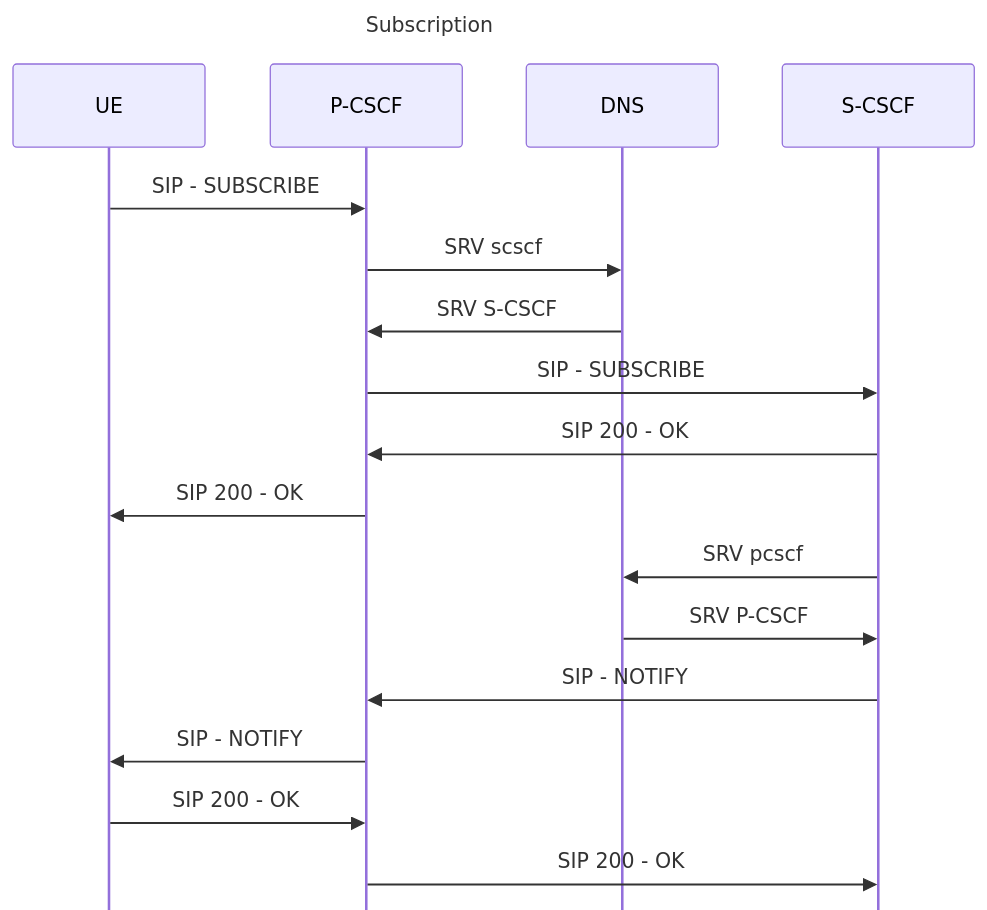
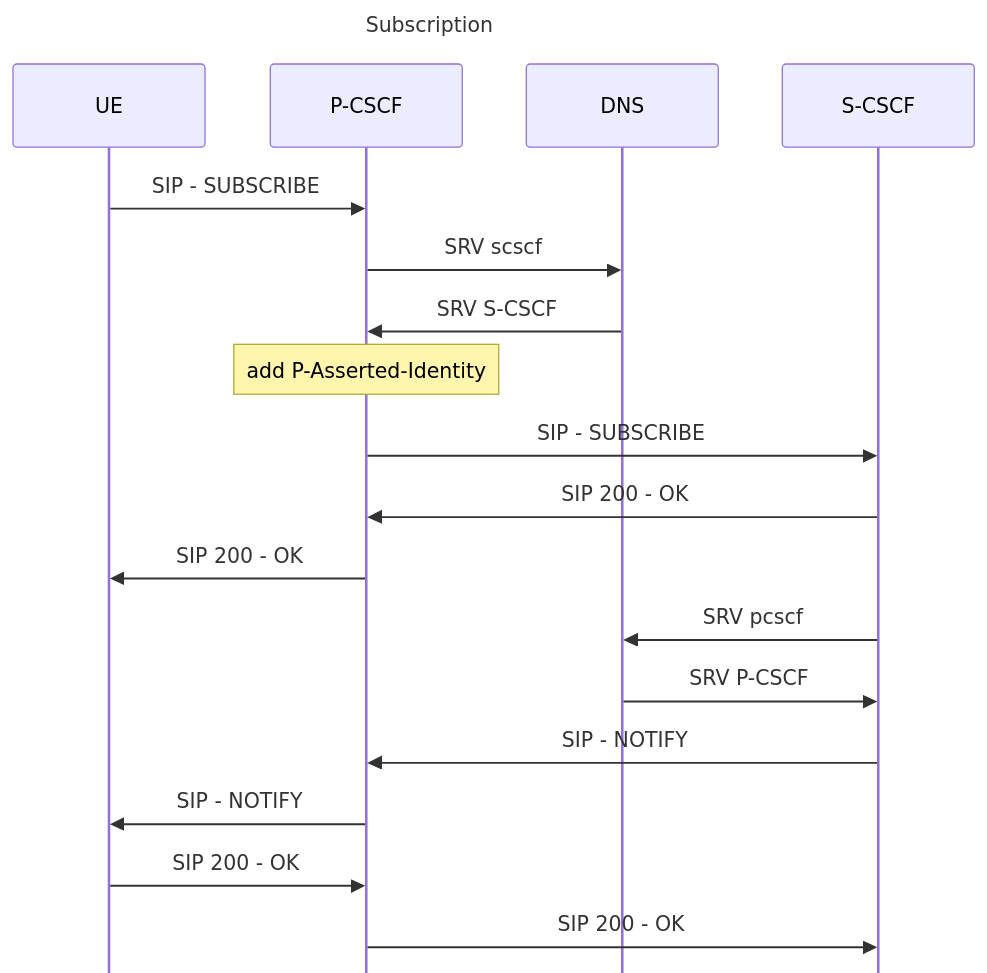
The second of 2 diagrams in doc/registration.md (lyatanski/ims), drawn with Mermaid before and after one commit.

Commit message:
add more description to diagram

````diff
--- a/doc/registration.md
+++ b/doc/registration.md
@@ -34,20 +34,21 @@
 ```mermaid
 ---
 title: Subscription
 config:
   mirrorActors: false
 ---
 sequenceDiagram
     UE->>P-CSCF: SIP - SUBSCRIBE
     P-CSCF->>DNS: SRV scscf
     DNS->>P-CSCF: SRV S-CSCF
+    Note over P-CSCF: add P-Asserted-Identity
     P-CSCF->>S-CSCF: SIP - SUBSCRIBE
     S-CSCF->>P-CSCF: SIP 200 - OK
     P-CSCF->>UE: SIP 200 - OK
     S-CSCF->>DNS: SRV pcscf
     DNS->>S-CSCF: SRV P-CSCF
     S-CSCF->>P-CSCF: SIP - NOTIFY
     P-CSCF->>UE: SIP - NOTIFY
     UE->>P-CSCF: SIP 200 - OK
     P-CSCF->>S-CSCF: SIP 200 - OK
 ```
````
